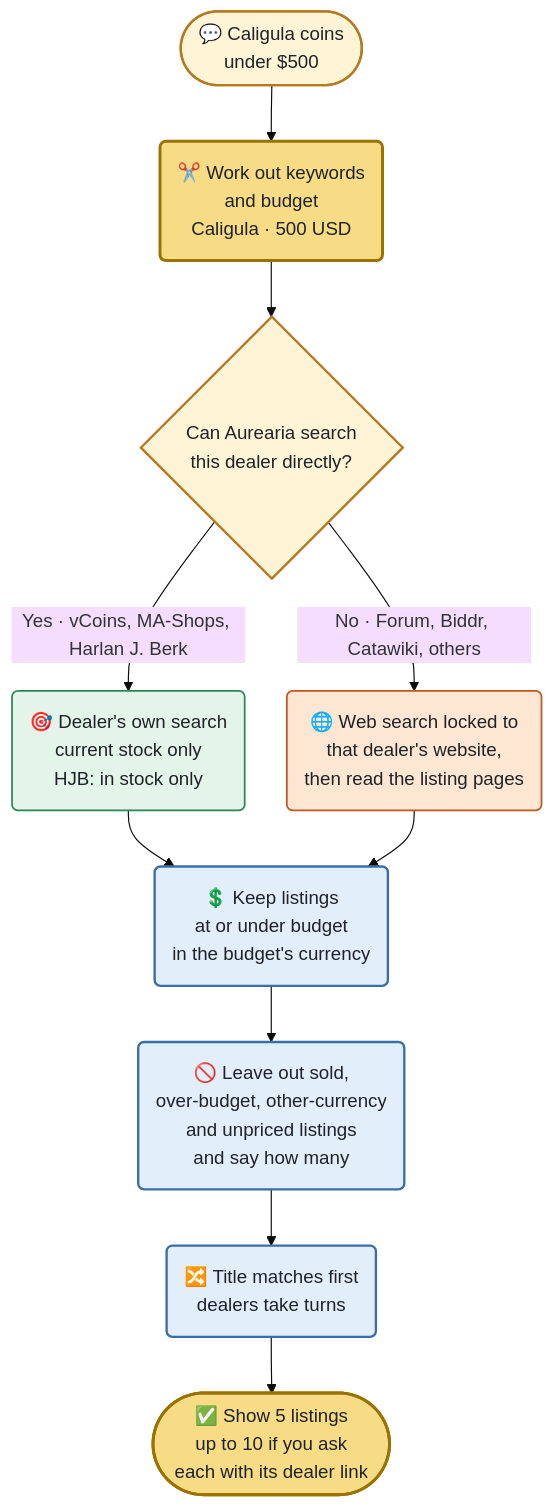
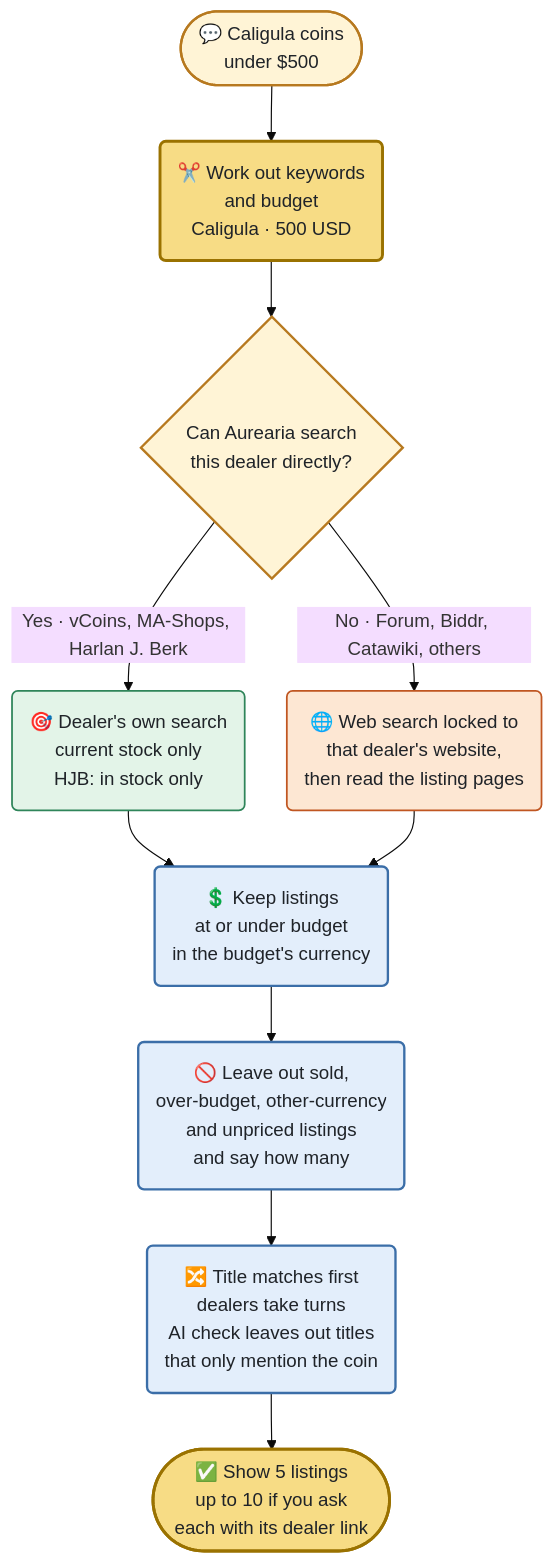
The third of 5 diagrams in docs/features/how-coin-copilot-works.md (briandenicola/Aurearia), drawn with Mermaid (base theme) before and after one commit. The commit also changed other lines of this file and 7 other files, not shown here.

First line of the commit message:
feat(agent): drop dealer listings that only mention the search words (#774)

````diff
--- a/docs/features/how-coin-copilot-works.md
+++ b/docs/features/how-coin-copilot-works.md
@@ -206,29 +206,29 @@
 ```mermaid
 %%{init: {"flowchart": {"curve": "basis", "nodeSpacing": 36, "rankSpacing": 48}}}%%
 flowchart TD
     Q(["💬 Caligula coins<br/>under $500"]):::person
     P("✂️ Work out keywords<br/>and budget<br/>Caligula · 500 USD"):::copilot
     Split{"Can Aurearia search<br/>this dealer directly?"}:::decision
     Direct("🎯 Dealer's own search<br/>current stock only<br/>HJB: in stock only"):::collection
     Web("🌐 Web search locked to<br/>that dealer's website,<br/>then read the listing pages"):::market
     Budget("💲 Keep listings<br/>at or under budget<br/>in the budget's currency"):::server
     Drop("🚫 Leave out sold,<br/>over-budget, other-currency<br/>and unpriced listings<br/>and say how many"):::server
-    Mix("🔀 Title matches first<br/>dealers take turns"):::server
+    Mix("🔀 Title matches first<br/>dealers take turns<br/>AI check leaves out titles<br/>that only mention the coin"):::server
     Out(["✅ Show 5 listings<br/>up to 10 if you ask<br/>each with its dealer link"]):::copilot
 
     Q --> P --> Split
     Split -- "Yes · vCoins, MA-Shops, Harlan J. Berk" --> Direct
     Split -- "No · Forum, Biddr, Catawiki, others" --> Web
     Direct --> Budget
     Web --> Budget
     Budget --> Drop --> Mix --> Out
 
     classDef person fill:#fff4d6,stroke:#b7791f,stroke-width:2px,color:#1f2328
     classDef server fill:#e3eefb,stroke:#3b6ea8,stroke-width:2px,color:#1f2328
     classDef copilot fill:#f7dc85,stroke:#9a7200,stroke-width:2.5px,color:#1f2328
     classDef collection fill:#e3f4e8,stroke:#2f855a,stroke-width:1.5px,color:#1f2328
     classDef market fill:#fde7d3,stroke:#c05621,stroke-width:1.5px,color:#1f2328
     classDef identify fill:#ede4fb,stroke:#6b46c1,stroke-width:1.5px,color:#1f2328
     classDef outside fill:#eef0f2,stroke:#6c757d,stroke-width:1.5px,color:#1f2328
     classDef decision fill:#fff4d6,stroke:#b7791f,stroke-width:2px,color:#1f2328
 ```
````
